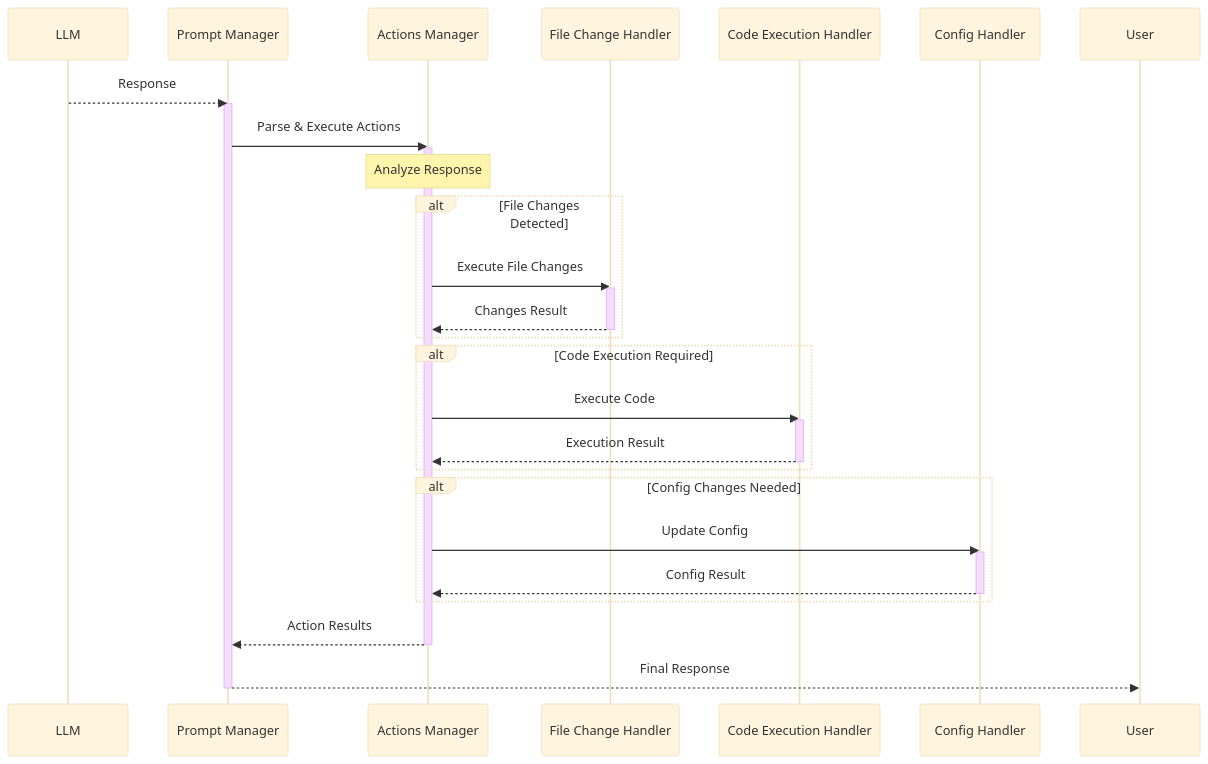
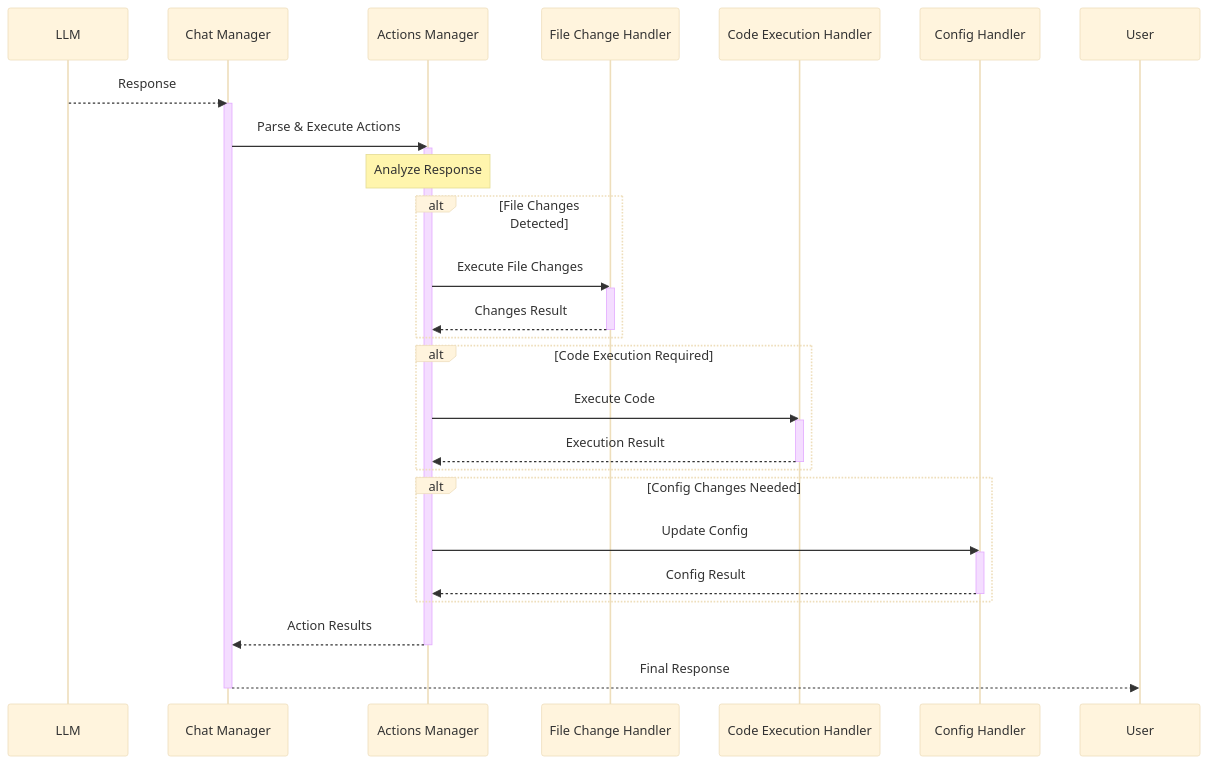
Diagram 12 of 21 in architecture.md (mrsimpson/piddie), drawn with Mermaid (base theme) before and after one commit. The commit also changed other lines of this file, not shown here.

Commit message:
Architecture: Introduce dedicated context management

````diff
--- a/architecture.md
+++ b/architecture.md
@@ -848,42 +866,42 @@
 ```mermaid
 sequenceDiagram
     participant LLM as LLM
-    participant PM as Prompt Manager
+    participant CHM as Chat Manager
     participant AM as Actions Manager
     participant FCH as File Change Handler
     participant CEH as Code Execution Handler
     participant CH as Config Handler
     
-    LLM-->>PM: Response
-    activate PM
-    PM->>AM: Parse & Execute Actions
+    LLM-->>CHM: Response
+    activate CHM
+    CHM->>AM: Parse & Execute Actions
     
     activate AM
     Note over AM: Analyze Response
     
     alt File Changes Detected
         AM->>FCH: Execute File Changes
         activate FCH
         FCH-->>AM: Changes Result
         deactivate FCH
     end
     
     alt Code Execution Required
         AM->>CEH: Execute Code
         activate CEH
         CEH-->>AM: Execution Result
         deactivate CEH
     end
     
     alt Config Changes Needed
         AM->>CH: Update Config
         activate CH
         CH-->>AM: Config Result
         deactivate CH
     end
     
-    AM-->>PM: Action Results
+    AM-->>CHM: Action Results
     deactivate AM
-    PM-->>User: Final Response
-    deactivate PM
+    CHM-->>User: Final Response
+    deactivate CHM
 ```
````
